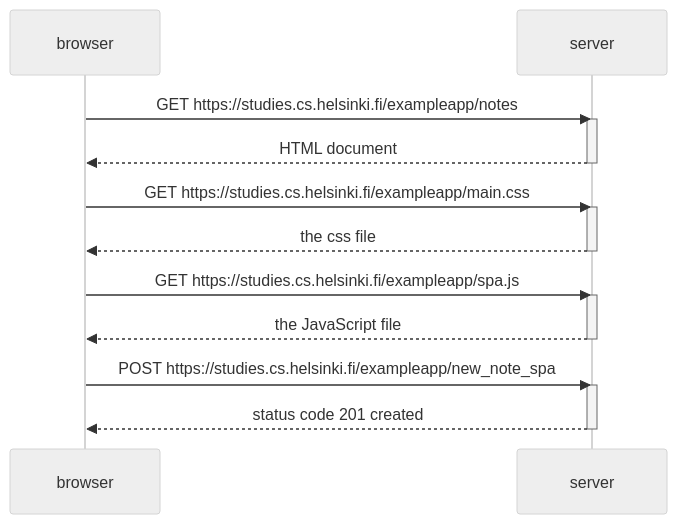
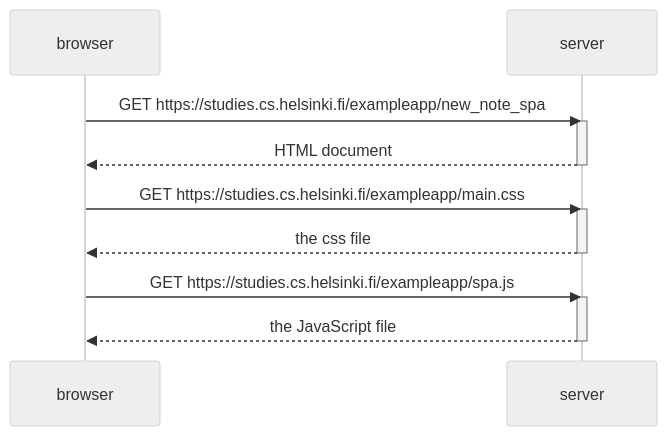
One commit to Mathieu-Furlan/FullStackOpen changed the diagram in Part0/0_5.md. Above: the diagram before and after it, drawn with Mermaid (neutral theme).

Commit message:
Update 0_5.md
deleted part related to new notes creation

````diff
--- a/Part0/0_5.md
+++ b/Part0/0_5.md
@@ -1,26 +1,21 @@
 ```mermaid
 
 sequenceDiagram
     participant browser
     participant server
 
-    browser->>server: GET https://studies.cs.helsinki.fi/exampleapp/notes
+    browser->>server: GET https://studies.cs.helsinki.fi/exampleapp/new_note_spa
     activate server
     server-->>browser: HTML document
     deactivate server
 
     browser->>server: GET https://studies.cs.helsinki.fi/exampleapp/main.css
     activate server
     server-->>browser: the css file
     deactivate server
 
     browser->>server: GET https://studies.cs.helsinki.fi/exampleapp/spa.js
     activate server
     server-->>browser: the JavaScript file
     deactivate server
-
-    browser->>server: POST https://studies.cs.helsinki.fi/exampleapp/new_note_spa
-    activate server
-    server-->>browser: status code 201 created
-    deactivate server
 ```
````
